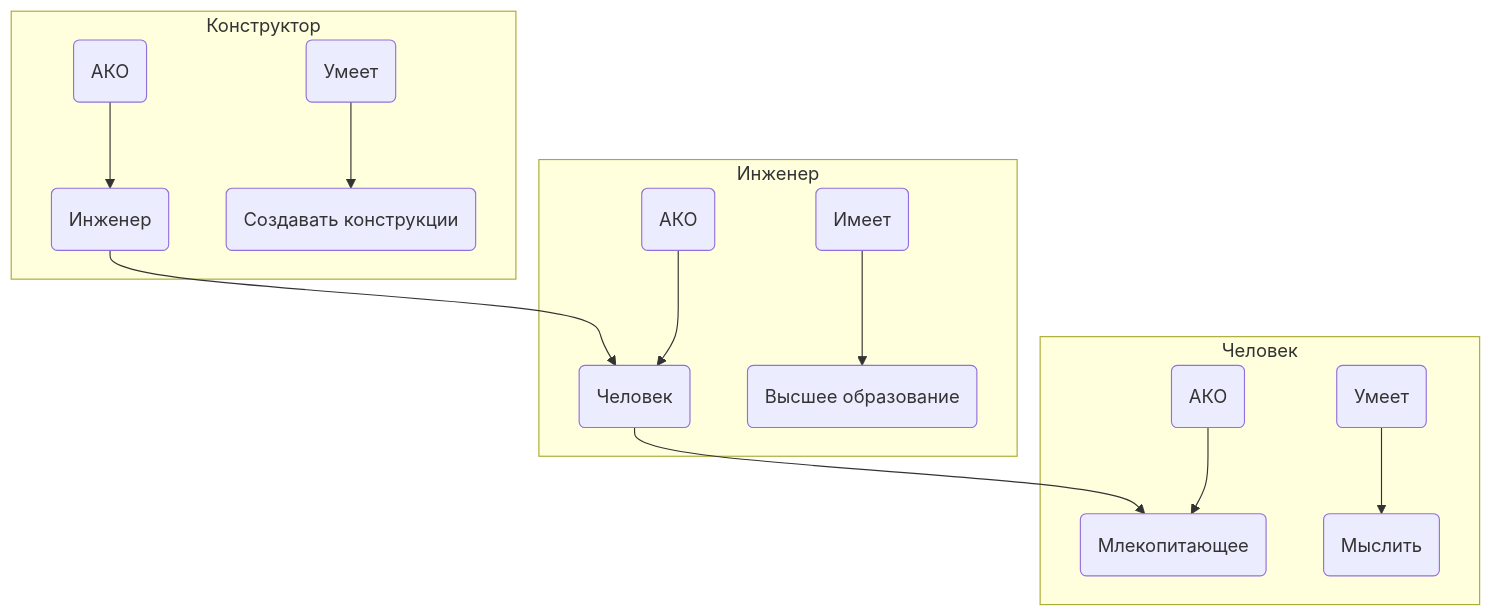
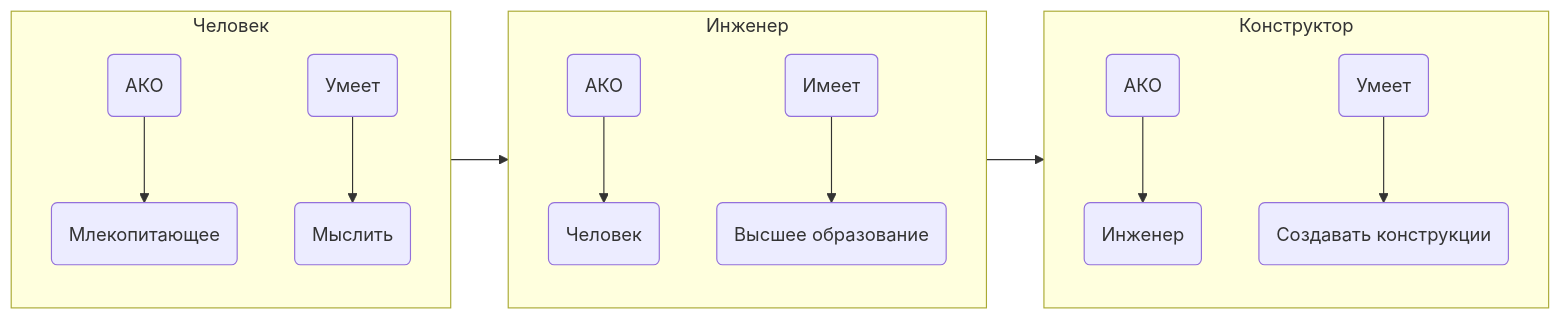
Before and after one commit to wesdyqq/study-sync: the second of 2 diagrams in Учеба КНИТУ/Информатика/Конспекты лекций/Основы Проф. Деятельности 19.11.26.md, drawn with Mermaid. The commit also changed other lines of this file and 1 other file, not shown here.

````diff
--- a/Учеба КНИТУ/Информатика/Конспекты лекций/Основы Проф. Деятельности 19.11.26.md
+++ b/Учеба КНИТУ/Информатика/Конспекты лекций/Основы Проф. Деятельности 19.11.26.md
@@ -67,20 +67,20 @@
 ```mermaid
-flowchart TD
+flowchart LR
 subgraph Человек
 A("АКО")-->B("Млекопитающее")
 C("Умеет")-->D("Мыслить")
 end
 
 subgraph Инженер
 A1("АКО")-->B1("Человек")
 C1("Имеет")-->D1("Высшее образование")
 end
 
 subgraph Конструктор
 A2("АКО")-->B2("Инженер")
 C2("Умеет")-->D2("Создавать конструкции")
 end
 
-B2-->B1-->B
+Человек-->Инженер-->Конструктор
 
 ```
````
